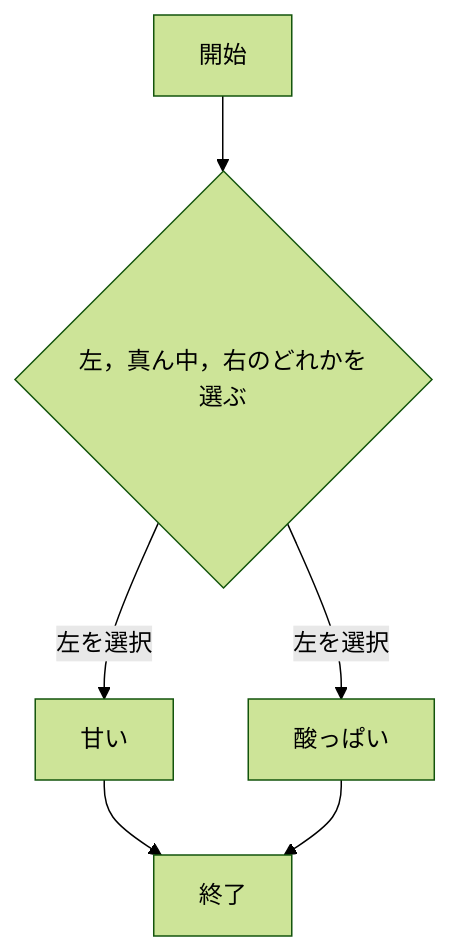
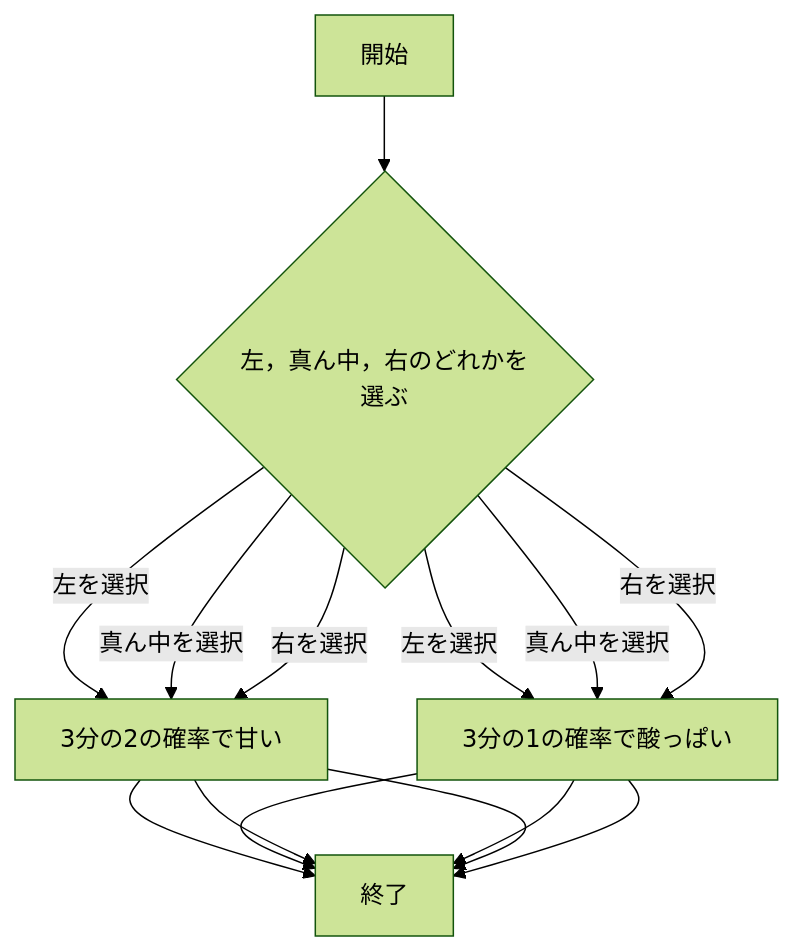
One commit to km919/webpro_06 changed the ninth of 9 diagrams in README.md. Above: the diagram before and after it, drawn with Mermaid (forest theme).

Commit message:
11/18の14:09に編集済

````diff
--- a/README.md
+++ b/README.md
@@ -328,11 +328,21 @@
 ```mermaid
 flowchart TD;
 start["開始"];
 end1["終了"]
 if{"左，真ん中，右のどれかを選ぶ"}
 start --> if
-if --> |左を選択| 甘い
-甘い --> end1
-if --> |左を選択| 酸っぱい
-酸っぱい --> end1
+if --> |左を選択| 3分の2の確率で甘い
+3分の2の確率で甘い --> end1
+if --> |左を選択| 3分の1の確率で酸っぱい
+3分の1の確率で酸っぱい --> end1
+
+if --> |真ん中を選択| 3分の2の確率で甘い
+3分の2の確率で甘い --> end1
+if --> |真ん中を選択| 3分の1の確率で酸っぱい
+3分の1の確率で酸っぱい --> end1
+
+if --> |右を選択| 3分の2の確率で甘い
+3分の2の確率で甘い --> end1
+if --> |右を選択| 3分の1の確率で酸っぱい
+3分の1の確率で酸っぱい --> end1
 ```
````
